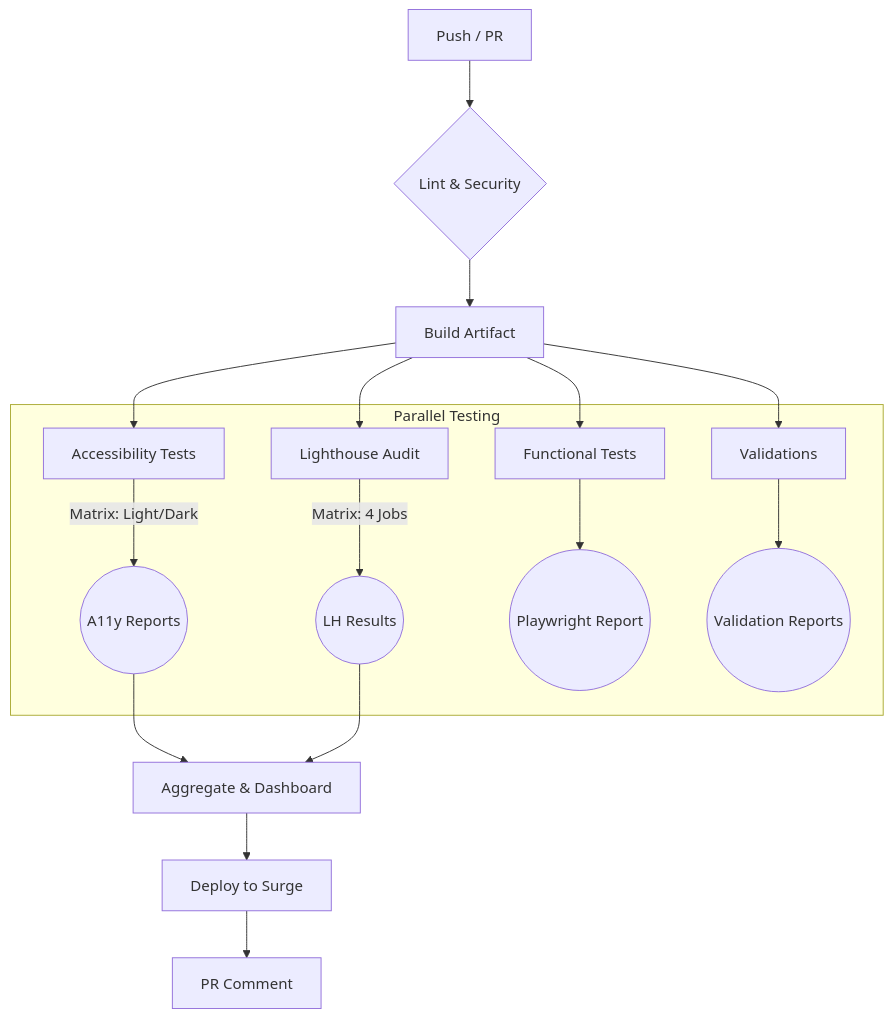
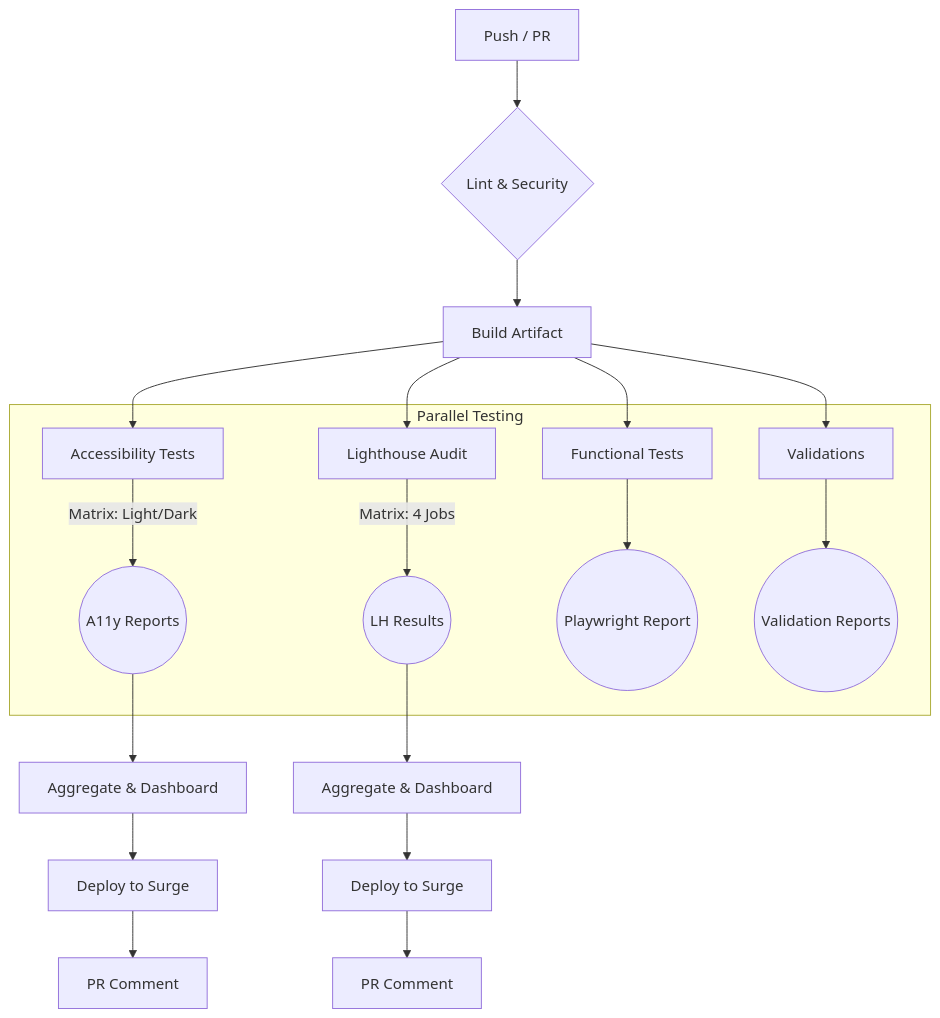
One commit to jmrplens/jmrp.io changed the diagram in README.md. Above: the diagram before and after it, drawn with Mermaid.

Commit message:
docs: separate a11y and lighthouse flows in ci diagram

````diff
--- a/README.md
+++ b/README.md
@@ -131,21 +131,24 @@
 ```mermaid
 graph TD
     A[Push / PR] --> B{Lint & Security}
     B --> C[Build Artifact]
     C --> D[Accessibility Tests]
     C --> E[Lighthouse Audit]
     C --> F[Functional Tests]
     C --> G[Validations]
 
     subgraph "Parallel Testing"
         D -- Matrix: Light/Dark --> D1((A11y Reports))
         E -- Matrix: 4 Jobs --> E1((LH Results))
         F --> F1((Playwright Report))
         G --> G1((Validation Reports))
     end
 
-    D1 --> H[Aggregate & Dashboard]
-    E1 --> H
-    H --> I[Deploy to Surge]
-    I --> J[PR Comment]
+    D1 --> H1[Aggregate & Dashboard]
+    H1 --> I1[Deploy to Surge]
+    I1 --> J1[PR Comment]
+
+    E1 --> H2[Aggregate & Dashboard]
+    H2 --> I2[Deploy to Surge]
+    I2 --> J2[PR Comment]
 ```
````
